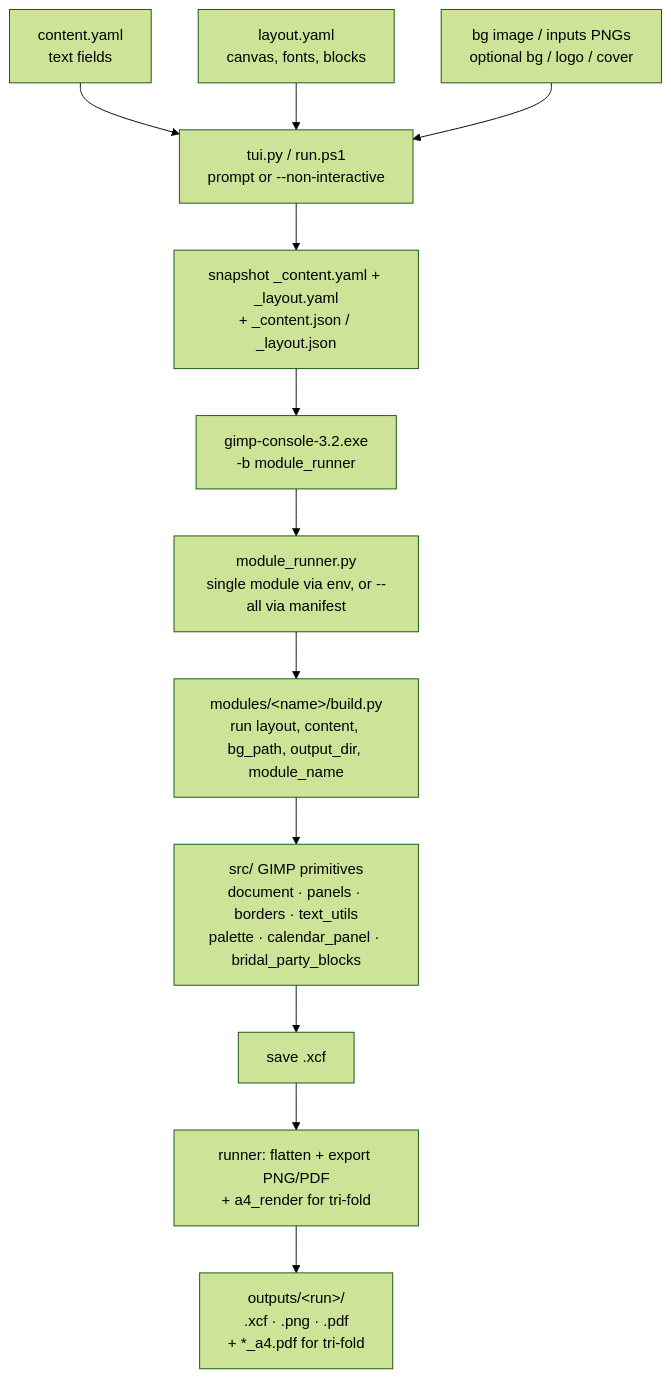
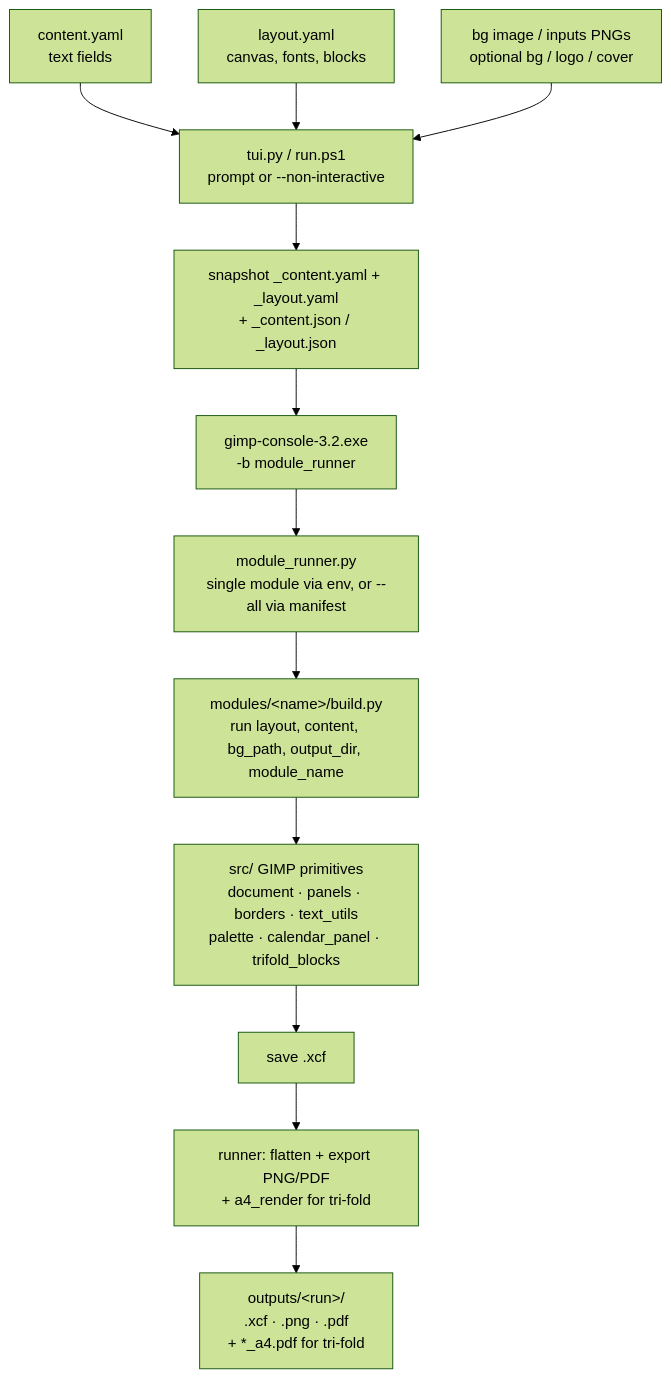
The diagram in README.md (fabricioguidine/gimp-wedding-invite-template), drawn with Mermaid (forest theme) before and after one commit. The commit also changed other lines of this file, not shown here.

````diff
--- a/README.md
+++ b/README.md
@@ -61,14 +63,14 @@
 ```mermaid
 flowchart TD
     A[content.yaml<br/>text fields] --> C[tui.py / run.ps1<br/>prompt or --non-interactive]
     B[layout.yaml<br/>canvas, fonts, blocks] --> C
     BG[bg image / inputs PNGs<br/>optional bg / logo / cover] --> C
     C --> D[snapshot _content.yaml + _layout.yaml<br/>+ _content.json / _layout.json]
     D --> E[gimp-console-3.2.exe<br/>-b module_runner]
     E --> F[module_runner.py<br/>single module via env, or --all via manifest]
     F --> G[modules/&lt;name&gt;/build.py<br/>run layout, content, bg_path, output_dir, module_name]
-    G --> H[src/ GIMP primitives<br/>document · panels · borders · text_utils<br/>palette · calendar_panel · bridal_party_blocks]
+    G --> H[src/ GIMP primitives<br/>document · panels · borders · text_utils<br/>palette · calendar_panel · trifold_blocks]
     H --> I[save .xcf]
     I --> J[runner: flatten + export PNG/PDF<br/>+ a4_render for tri-fold]
     J --> K[outputs/&lt;run&gt;/<br/>.xcf · .png · .pdf<br/>+ *_a4.pdf for tri-fold]
 ```
````
